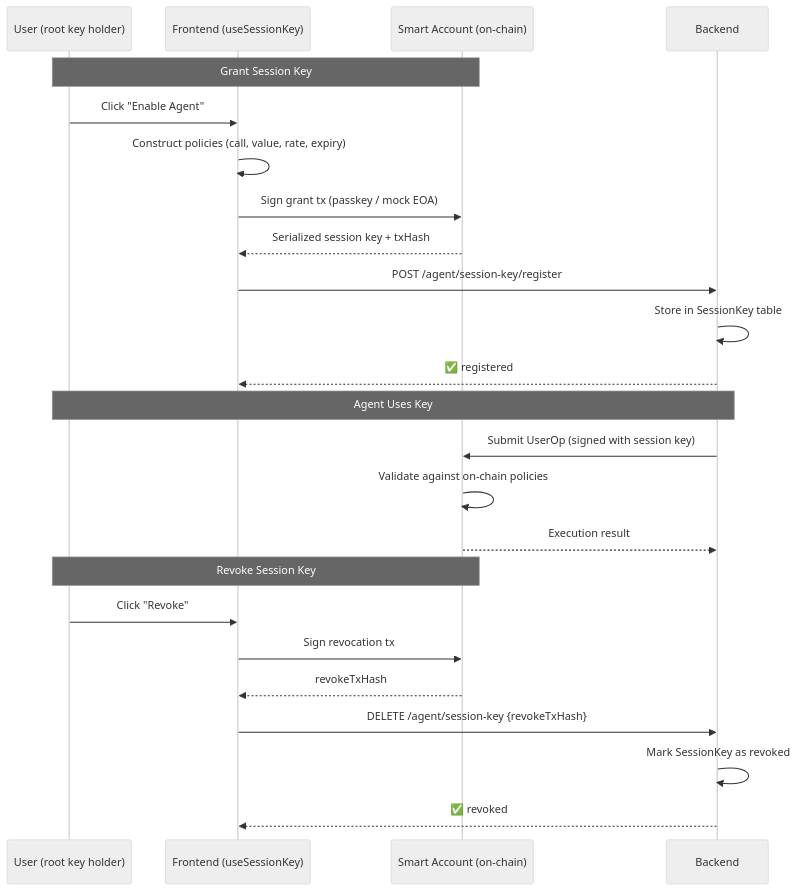
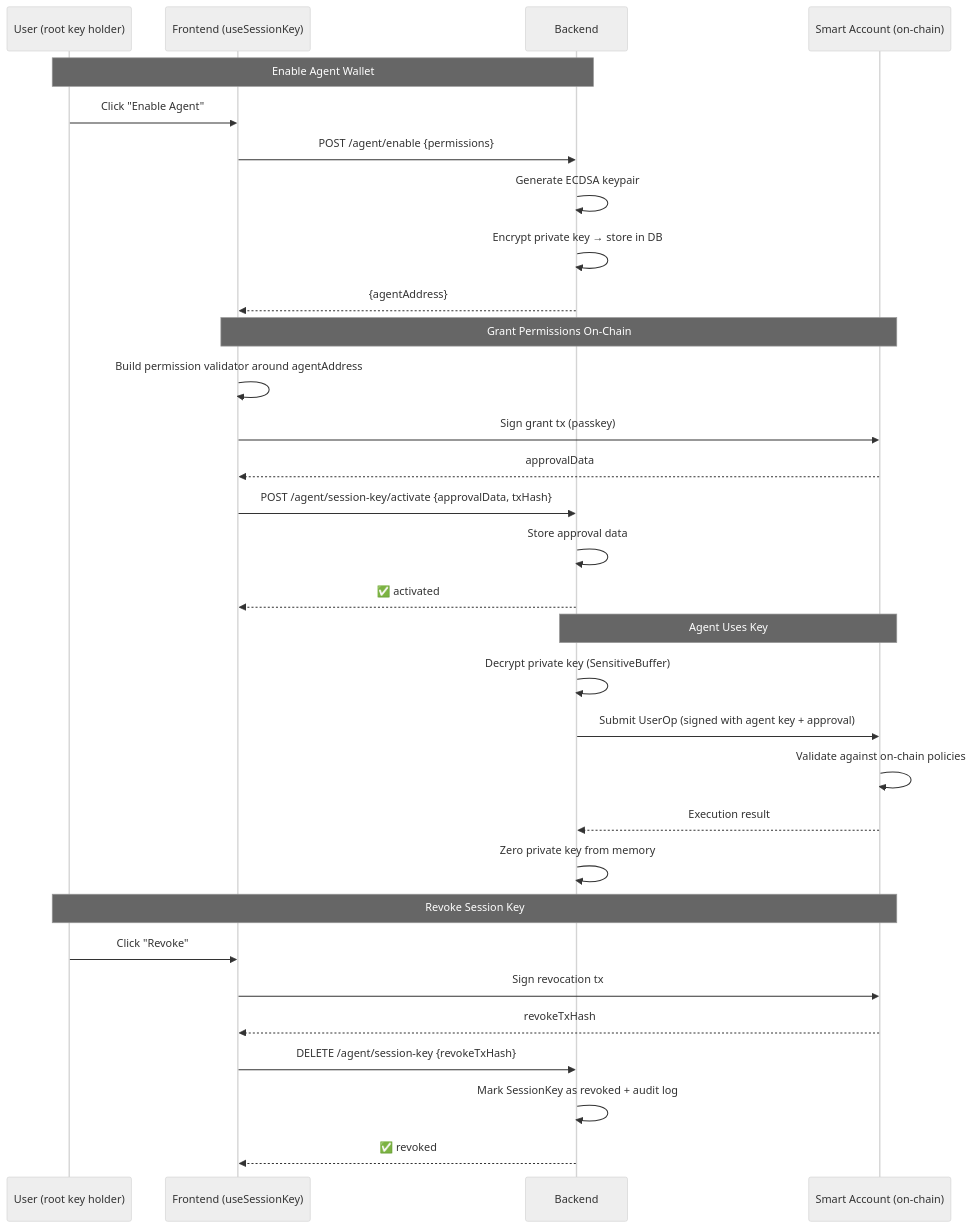
One commit to akoita/resonate changed the fourth of 5 diagrams in docs/account-abstraction.md. Above: the diagram before and after it, drawn with Mermaid (neutral theme). The commit also changed other lines of this file and 84 other files, not shown here.

````diff
--- a/docs/account-abstraction.md
+++ b/docs/account-abstraction.md
@@ -152,29 +154,37 @@
 ```mermaid
 sequenceDiagram
     participant U as User (root key holder)
     participant F as Frontend (useSessionKey)
+    participant B as Backend
     participant SA as Smart Account (on-chain)
-    participant B as Backend
 
-    Note over U,SA: Grant Session Key
+    Note over U,B: Enable Agent Wallet
     U->>F: Click "Enable Agent"
-    F->>F: Construct policies (call, value, rate, expiry)
-    F->>SA: Sign grant tx (passkey / mock EOA)
-    SA-->>F: Serialized session key + txHash
-    F->>B: POST /agent/session-key/register
-    B->>B: Store in SessionKey table
-    B-->>F: ✅ registered
+    F->>B: POST /agent/enable {permissions}
+    B->>B: Generate ECDSA keypair
+    B->>B: Encrypt private key → store in DB
+    B-->>F: {agentAddress}
 
-    Note over U,B: Agent Uses Key
-    B->>SA: Submit UserOp (signed with session key)
+    Note over F,SA: Grant Permissions On-Chain
+    F->>F: Build permission validator around agentAddress
+    F->>SA: Sign grant tx (passkey)
+    SA-->>F: approvalData
+    F->>B: POST /agent/session-key/activate {approvalData, txHash}
+    B->>B: Store approval data
+    B-->>F: ✅ activated
+
+    Note over B,SA: Agent Uses Key
+    B->>B: Decrypt private key (SensitiveBuffer)
+    B->>SA: Submit UserOp (signed with agent key + approval)
     SA->>SA: Validate against on-chain policies
     SA-->>B: Execution result
+    B->>B: Zero private key from memory
 
     Note over U,SA: Revoke Session Key
     U->>F: Click "Revoke"
     F->>SA: Sign revocation tx
     SA-->>F: revokeTxHash
     F->>B: DELETE /agent/session-key {revokeTxHash}
-    B->>B: Mark SessionKey as revoked
+    B->>B: Mark SessionKey as revoked + audit log
     B-->>F: ✅ revoked
 ```
````
